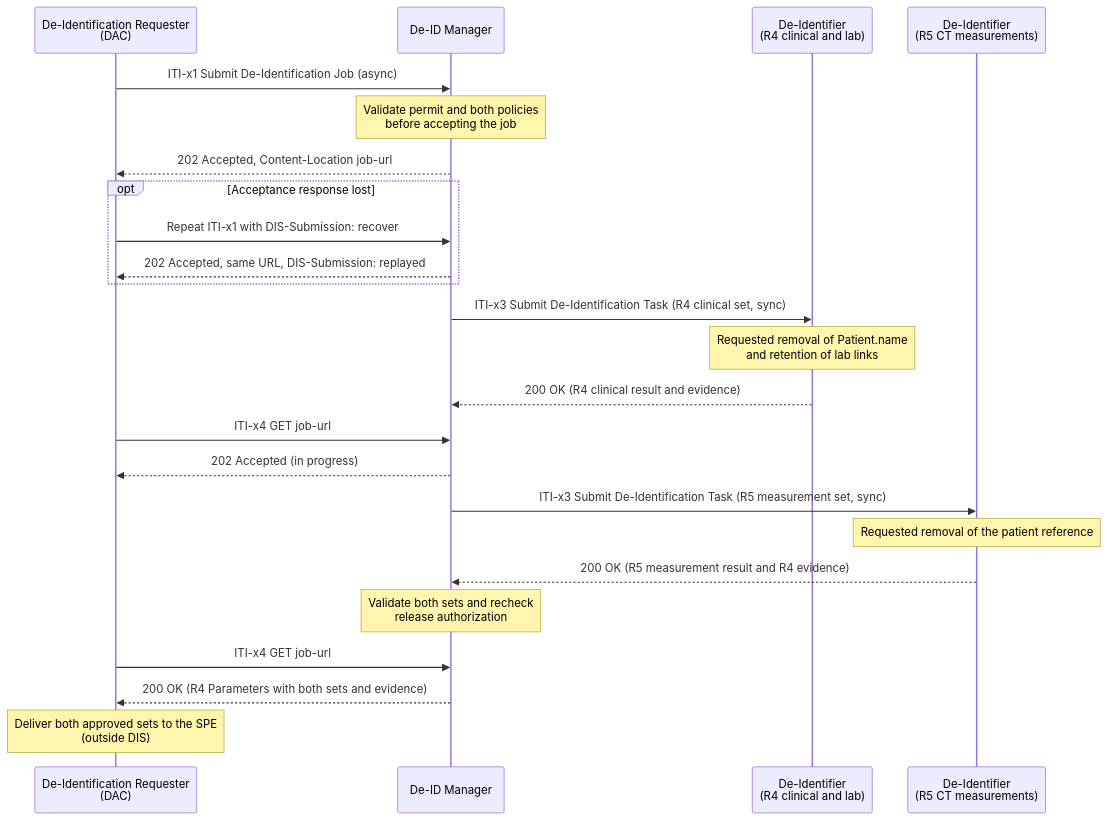
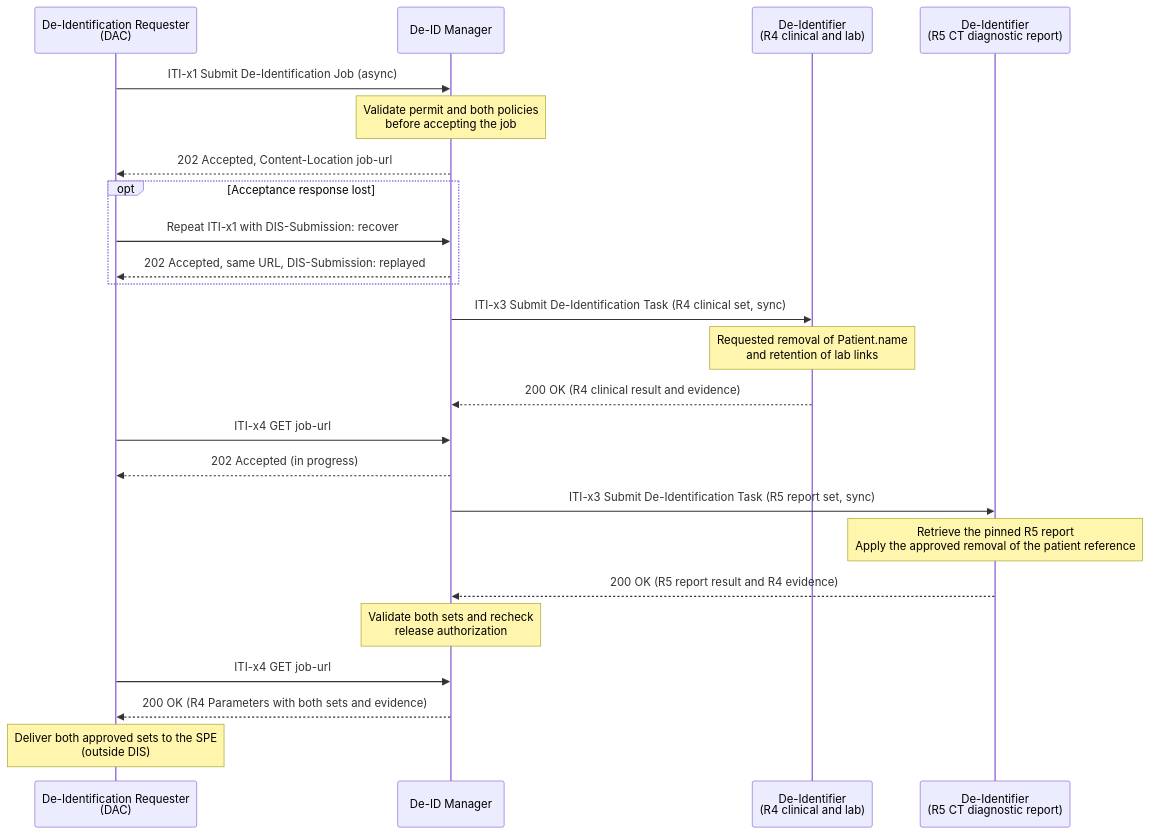
The diagram in input/images-source/dis-uc2-ai-ml-development.mmd (IHE/ITI.DIS), drawn with Mermaid before and after one commit. The commit also changed 10 other files, not shown here.

Commit message:
Use a hosted R5 DiagnosticReport in UC-2

```diff
--- a/input/images-source/dis-uc2-ai-ml-development.mmd
+++ b/input/images-source/dis-uc2-ai-ml-development.mmd
@@ -1,28 +1,28 @@
 sequenceDiagram
     participant DAC as De-Identification Requester<br/>(DAC)
     participant MGR as De-ID Manager
     participant DI_C as De-Identifier<br/>(R4 clinical and lab)
-    participant DI_I as De-Identifier<br/>(R5 CT measurements)
+    participant DI_I as De-Identifier<br/>(R5 CT diagnostic report)
 
     DAC->>MGR: ITI-x1 Submit De-Identification Job (async)
     Note over MGR: Validate permit and both policies<br/>before accepting the job
     MGR-->>DAC: 202 Accepted, Content-Location job-url
     opt Acceptance response lost
         DAC->>MGR: Repeat ITI-x1 with DIS-Submission: recover
         MGR-->>DAC: 202 Accepted, same URL, DIS-Submission: replayed
     end
 
     MGR->>DI_C: ITI-x3 Submit De-Identification Task (R4 clinical set, sync)
     Note over DI_C: Requested removal of Patient.name<br/>and retention of lab links
     DI_C-->>MGR: 200 OK (R4 clinical result and evidence)
 
     DAC->>MGR: ITI-x4 GET job-url
     MGR-->>DAC: 202 Accepted (in progress)
 
-    MGR->>DI_I: ITI-x3 Submit De-Identification Task (R5 measurement set, sync)
-    Note over DI_I: Requested removal of the patient reference
-    DI_I-->>MGR: 200 OK (R5 measurement result and R4 evidence)
+    MGR->>DI_I: ITI-x3 Submit De-Identification Task (R5 report set, sync)
+    Note over DI_I: Retrieve the pinned R5 report<br/>Apply the approved removal of the patient reference
+    DI_I-->>MGR: 200 OK (R5 report result and R4 evidence)
     Note over MGR: Validate both sets and recheck<br/>release authorization
     DAC->>MGR: ITI-x4 GET job-url
     MGR-->>DAC: 200 OK (R4 Parameters with both sets and evidence)
     Note over DAC: Deliver both approved sets to the SPE<br/>(outside DIS)
```
